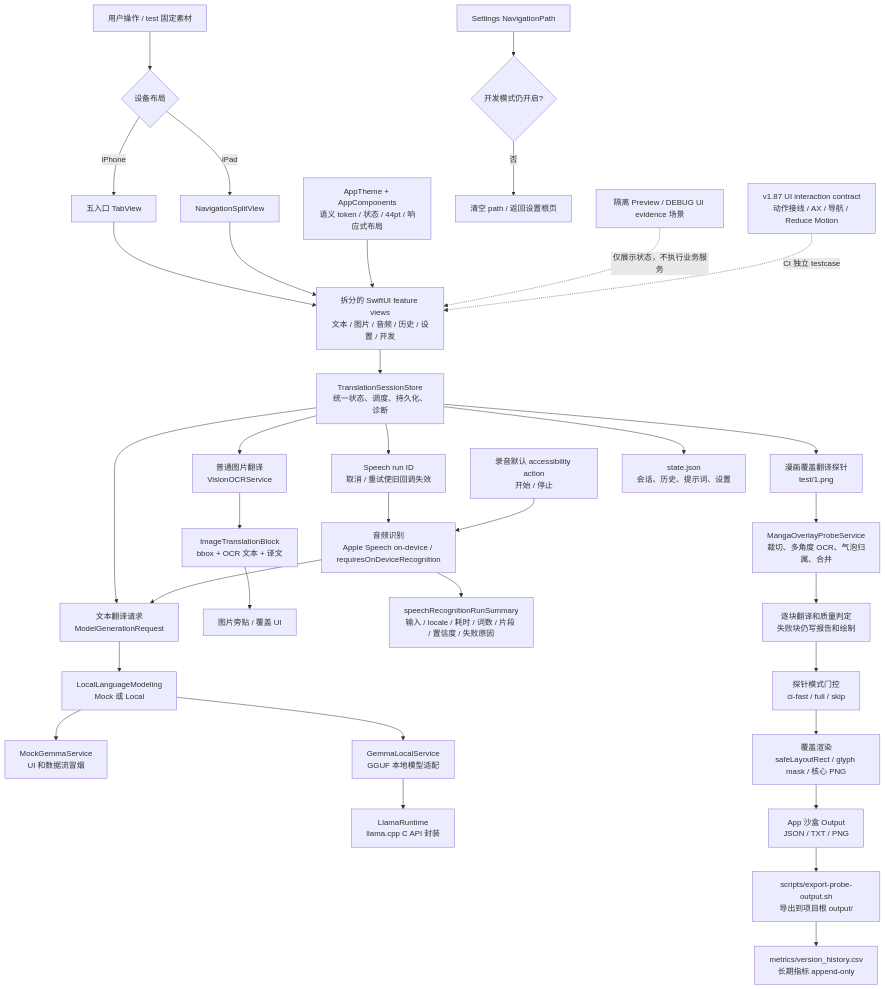
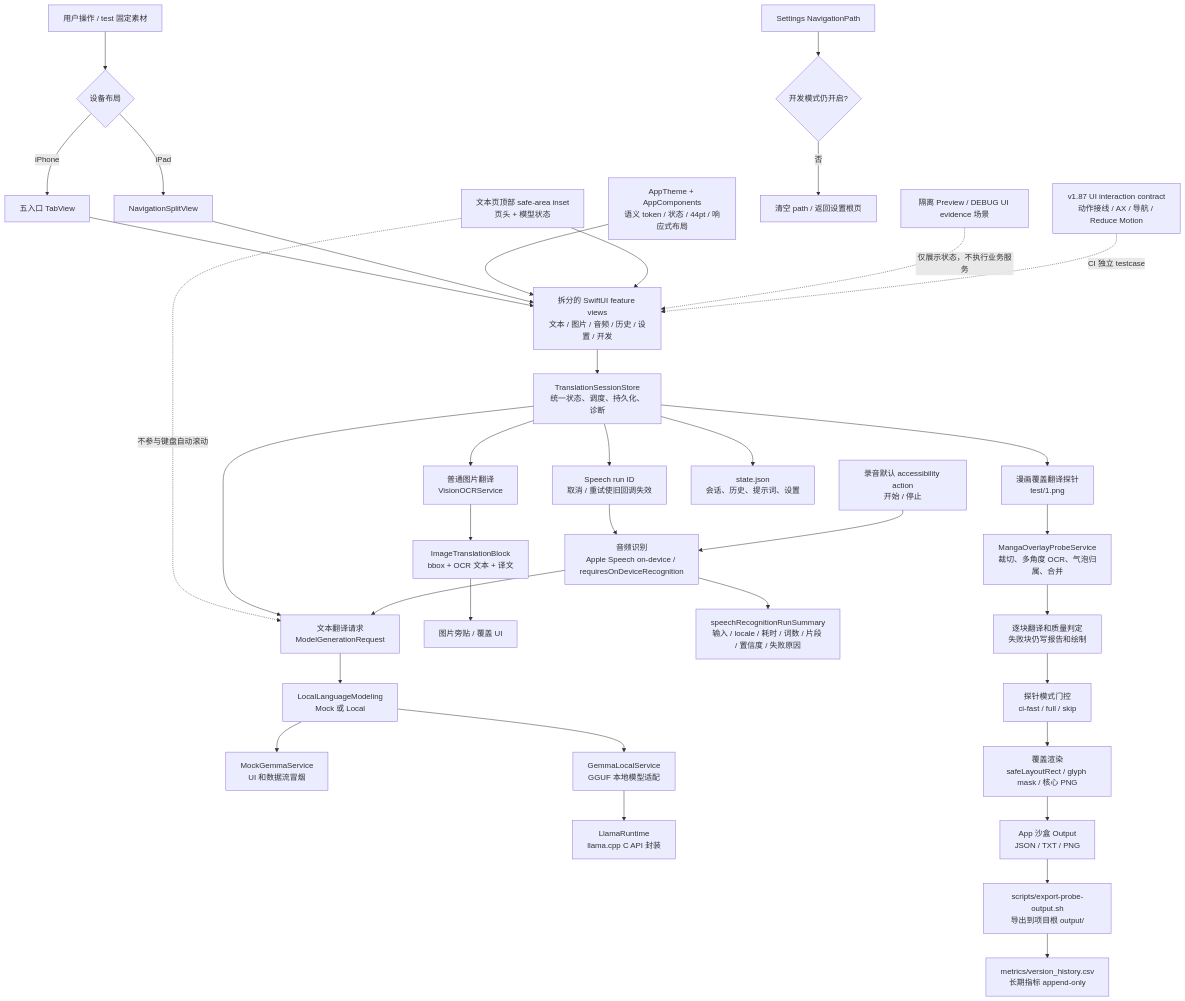
One commit to bengzhu/project1_lgbt_naxida changed the first of 3 diagrams in md/flow/flowchart.md. Above: the diagram before and after it, drawn with Mermaid. The commit also changed 5 other files, not shown here.

Commit message:
fix(ui): keep keyboard header in safe area

````diff
--- a/md/flow/flowchart.md
+++ b/md/flow/flowchart.md
@@ -7,50 +7,52 @@
 ```mermaid
 flowchart TD
   %% 用户入口：文本、图片、音频、开发页探针
   A["用户操作 / test 固定素材"] --> NAV{"设备布局"}
   NAV -->|"iPhone"| TAB["五入口 TabView"]
   NAV -->|"iPad"| SPLIT["NavigationSplitView"]
   TAB --> B["拆分的 SwiftUI feature views<br/>文本 / 图片 / 音频 / 历史 / 设置 / 开发"]
   SPLIT --> B
   DS["AppTheme + AppComponents<br/>语义 token / 状态 / 44pt / 响应式布局"] --> B
+  SH["文本页顶部 safe-area inset<br/>页头 + 模型状态"] --> B
+  SH -. "不参与键盘自动滚动" .-> D
 
   %% 状态中心：所有业务动作统一进入 store
   B --> C["TranslationSessionStore<br/>统一状态、调度、持久化、诊断"]
 
   %% 文本翻译分支：普通用户输入
   C --> D["文本翻译请求<br/>ModelGenerationRequest"]
   D --> E["LocalLanguageModeling<br/>Mock 或 Local"]
   E --> F["MockGemmaService<br/>UI 和数据流冒烟"]
   E --> G["GemmaLocalService<br/>GGUF 本地模型适配"]
   G --> H["LlamaRuntime<br/>llama.cpp C API 封装"]
 
   %% 图片 OCR 分支：普通图片翻译
   C --> I["普通图片翻译<br/>VisionOCRService"]
   I --> J["ImageTranslationBlock<br/>bbox + OCR 文本 + 译文"]
   J --> K["图片旁贴 / 覆盖 UI"]
 
   %% 音频分支：Apple 本机语音识别
   C --> LR["Speech run ID<br/>取消 / 重试使旧回调失效"]
   LR --> L["音频识别<br/>Apple Speech on-device / requiresOnDeviceRecognition"]
   L --> LV["speechRecognitionRunSummary<br/>输入 / locale / 耗时 / 词数 / 片段 / 置信度 / 失败原因"]
   AX["录音默认 accessibility action<br/>开始 / 停止"] --> L
   L --> D
 
   SETTINGS["Settings NavigationPath"] --> DEVRESET{"开发模式仍开启?"}
   DEVRESET -->|"否"| SETTINGSROOT["清空 path / 返回设置根页"]
 
   %% 漫画探针分支：固定 test/1.png
   C --> M["漫画覆盖翻译探针<br/>test/1.png"]
   M --> N["MangaOverlayProbeService<br/>裁切、多角度 OCR、气泡归属、合并"]
   N --> O["逐块翻译和质量判定<br/>失败块仍写报告和绘制"]
   O --> P["探针模式门控<br/>ci-fast / full / skip"]
   P --> Q["覆盖渲染<br/>safeLayoutRect / glyph mask / 核心 PNG"]
 
   %% 输出：持久化和调试产物
   C --> R["state.json<br/>会话、历史、提示词、设置"]
   PREVIEW["隔离 Preview / DEBUG UI evidence 场景"] -. "仅展示状态，不执行业务服务" .-> B
   CONTRACT["v1.87 UI interaction contract<br/>动作接线 / AX / 导航 / Reduce Motion"] -. "CI 独立 testcase" .-> B
   Q --> S["App 沙盒 Output<br/>JSON / TXT / PNG"]
   S --> T["scripts/export-probe-output.sh<br/>导出到项目根 output/"]
   T --> U["metrics/version_history.csv<br/>长期指标 append-only"]
 ```
````
